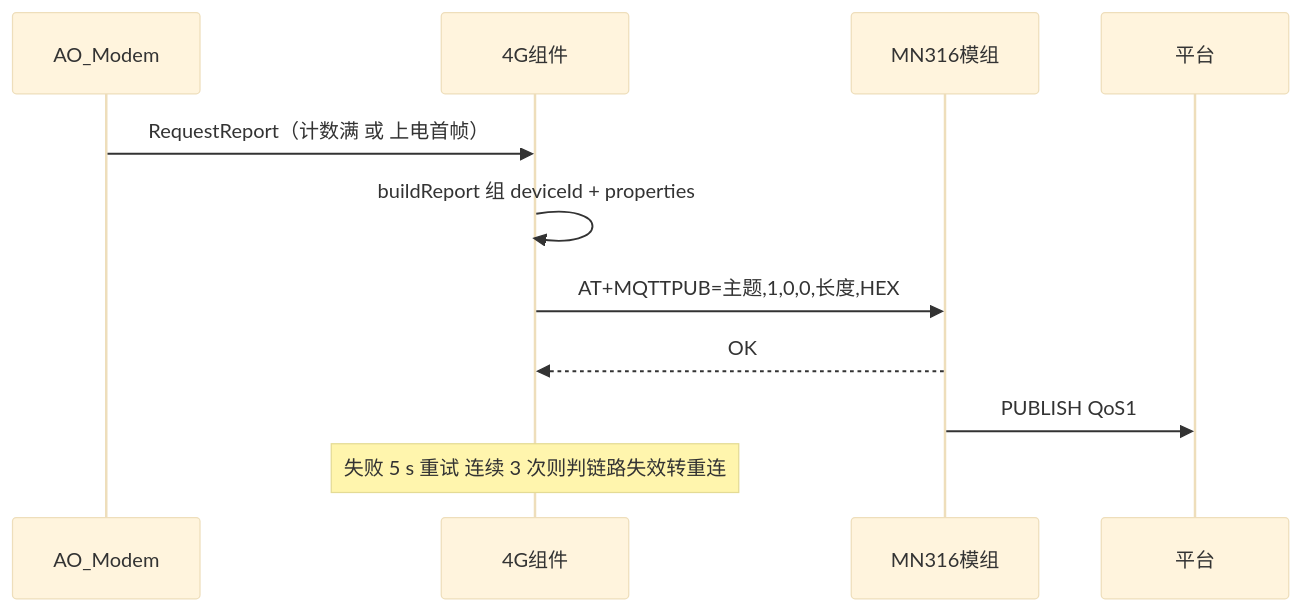
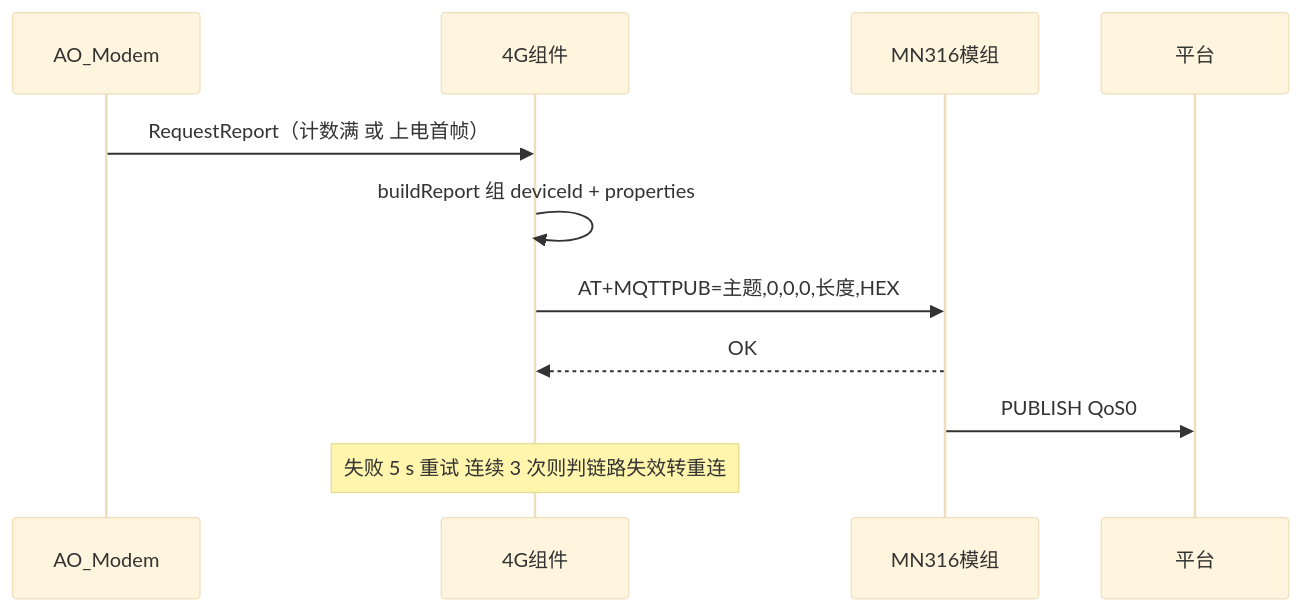
Before and after one commit to xxz-m/stm32-nede-fw: the third of 4 diagrams in docs_sensor/12-4G云平台流程方案.md, drawn with Mermaid (base theme). The commit also changed other lines of this file and 89 other files, not shown here.

````diff
--- a/docs_sensor/12-4G云平台流程方案.md
+++ b/docs_sensor/12-4G云平台流程方案.md
@@ -174,13 +177,13 @@
 ```mermaid
 sequenceDiagram
     participant App as AO_Modem
     participant C as 4G组件
     participant M as MN316模组
     participant P as 平台
     App->>C: RequestReport（计数满 或 上电首帧）
     C->>C: buildReport 组 deviceId + properties
-    C->>M: AT+MQTTPUB=主题,1,0,0,长度,HEX
+    C->>M: AT+MQTTPUB=主题,0,0,0,长度,HEX
     M-->>C: OK
-    M->>P: PUBLISH QoS1
+    M->>P: PUBLISH QoS0
     Note over C: 失败 5 s 重试 连续 3 次则判链路失效转重连
 ```
````
